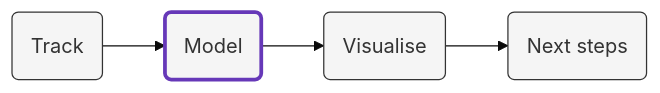
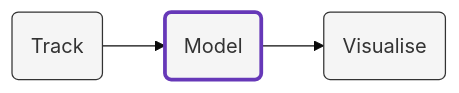
One commit to snowplow-incubator/consent-tracking-accelerator changed the diagram in content/modeling/_index.md. Above: the diagram before and after it, drawn with Mermaid (base theme). The commit also changed other lines of this file and 2 other files, not shown here.

Commit message:
PR changes for mod and viz

```diff
--- a/content/modeling/_index.md
+++ b/content/modeling/_index.md
@@ -12,8 +12,8 @@
 {{<mermaid>}}
 flowchart LR
-id1(Track)-->id2(Model)-->id3(Visualise)-->id4(Next steps)
-style id1 fill:#f5f5f5,stroke:#333,stroke-width:1px
-style id2 fill:#f5f5f5,stroke:#6638B8,stroke-width:3px
-style id3 fill:#f5f5f5,stroke:#333,stroke-width:1px
-style id4 fill:#f5f5f5,stroke:#333,stroke-width:1px
+    id1(Track)-->id2(Model)-->id3(Visualise)
+    style id2 fill:#f5f5f5,stroke:#6638B8,stroke-width:3px
+    style id1 fill:#f5f5f5,stroke:#333,stroke-width:1px
+    style id3 fill:#f5f5f5,stroke:#333,stroke-width:1px
+
 {{</mermaid >}}
```
